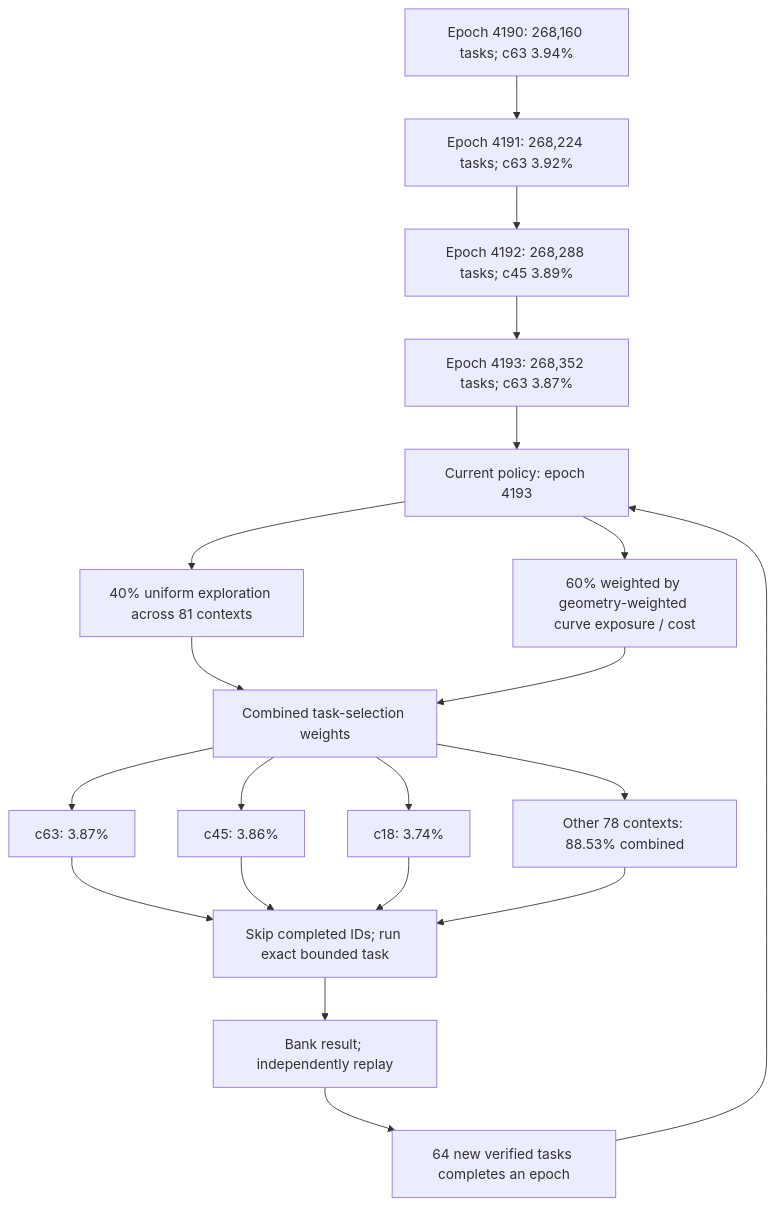
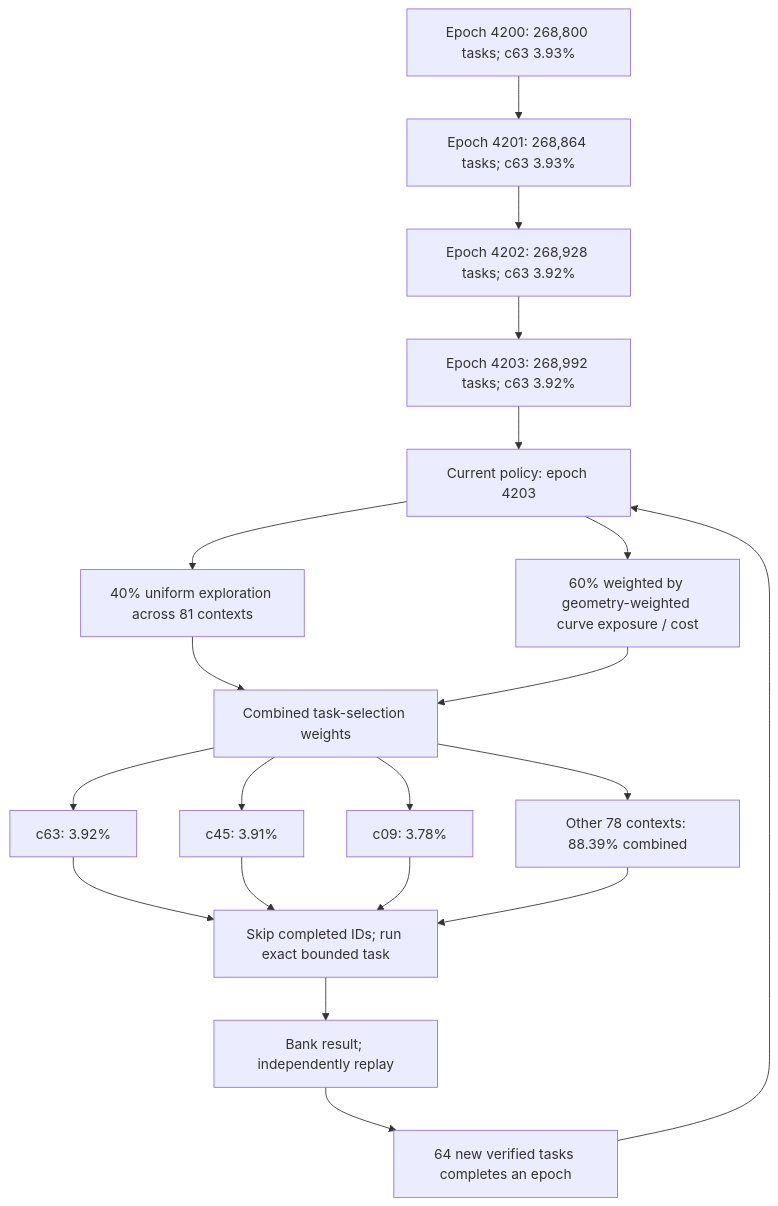
Before and after one commit to Kuberwastaken/math-gambling: the first of 3 diagrams in README.md, drawn with Mermaid. The commit also changed other lines of this file and 1346 other files, not shown here.

````diff
--- a/README.md
+++ b/README.md
@@ -60,27 +60,27 @@
 ```mermaid
 flowchart TD
-    H0["Epoch 4190: 268,160 tasks; c63 3.94%"]
-    H1["Epoch 4191: 268,224 tasks; c63 3.92%"]
+    H0["Epoch 4200: 268,800 tasks; c63 3.93%"]
+    H1["Epoch 4201: 268,864 tasks; c63 3.93%"]
     H0 --> H1
-    H2["Epoch 4192: 268,288 tasks; c45 3.89%"]
+    H2["Epoch 4202: 268,928 tasks; c63 3.92%"]
     H1 --> H2
-    H3["Epoch 4193: 268,352 tasks; c63 3.87%"]
+    H3["Epoch 4203: 268,992 tasks; c63 3.92%"]
     H2 --> H3
-    Policy["Current policy: epoch 4193"]
+    Policy["Current policy: epoch 4203"]
     H3 --> Policy
     Policy --> Explore["40% uniform exploration across 81 contexts"]
     Policy --> Cost["60% weighted by geometry-weighted curve exposure / cost"]
     Explore --> Mix["Combined task-selection weights"]
     Cost --> Mix
-    Mix --> C0["c63: 3.87%"]
-    Mix --> C1["c45: 3.86%"]
-    Mix --> C2["c18: 3.74%"]
-    Mix --> Rest["Other 78 contexts: 88.53% combined"]
+    Mix --> C0["c63: 3.92%"]
+    Mix --> C1["c45: 3.91%"]
+    Mix --> C2["c09: 3.78%"]
+    Mix --> Rest["Other 78 contexts: 88.39% combined"]
     C0 --> Check["Skip completed IDs; run exact bounded task"]
     C1 --> Check
     C2 --> Check
     Rest --> Check
     Check --> Replay["Bank result; independently replay"]
     Replay --> Gate["64 new verified tasks completes an epoch"]
     Gate --> Policy
 ```
````
